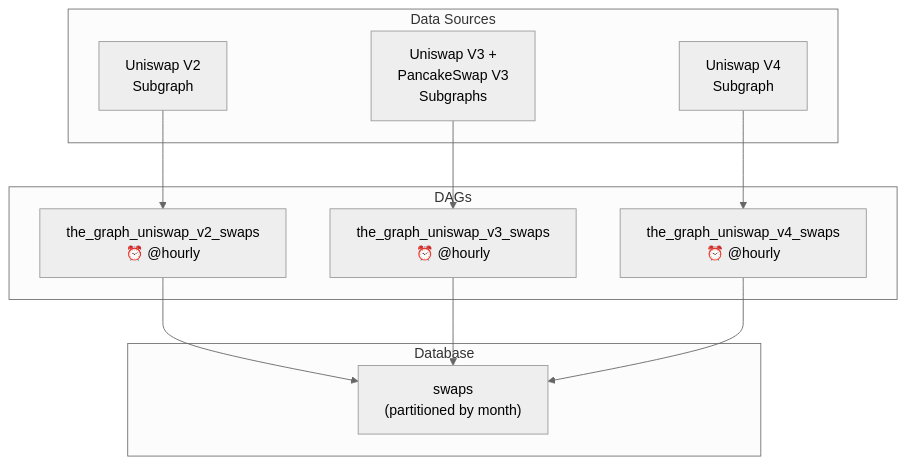
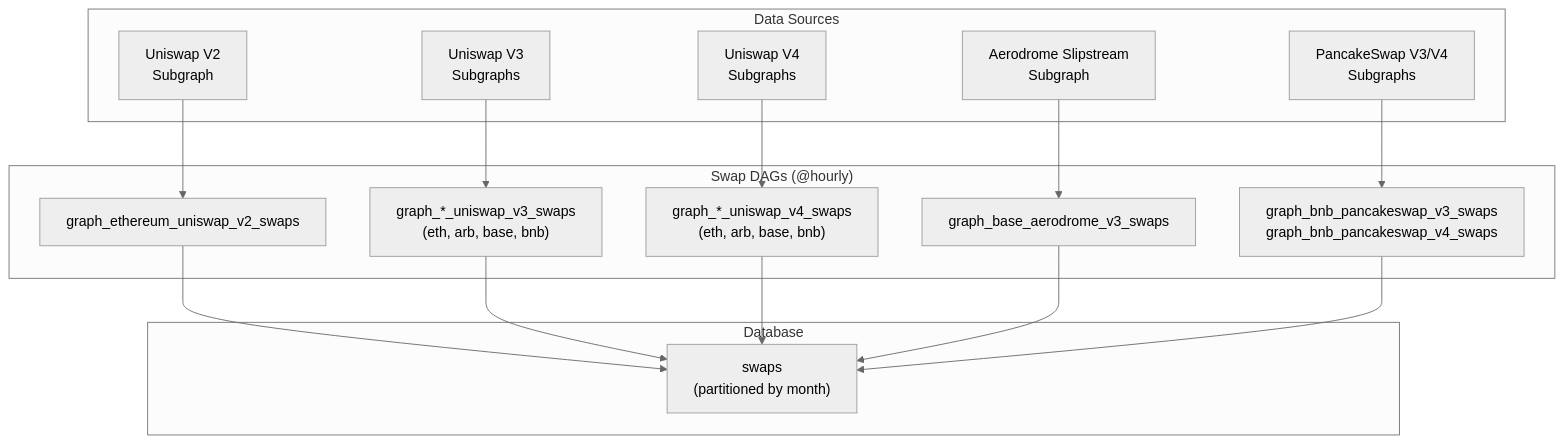
Before and after one commit to bekisz/chaintelligence: the third of 6 diagrams in chain-feeder/docs/DAGS.md, drawn with Mermaid (neutral theme). The commit also changed other lines of this file and 47 other files, not shown here.

````diff
--- a/chain-feeder/docs/DAGS.md
+++ b/chain-feeder/docs/DAGS.md
@@ -201,26 +172,34 @@
 ```mermaid
 graph TD
     subgraph Sources["Data Sources"]
         V2_SUB["Uniswap V2<br/>Subgraph"]
-        V3_SUB["Uniswap V3 +<br/>PancakeSwap V3<br/>Subgraphs"]
-        V4_SUB["Uniswap V4<br/>Subgraph"]
+        V3_SUB["Uniswap V3<br/>Subgraphs"]
+        V4_SUB["Uniswap V4<br/>Subgraphs"]
+        AERO_SUB["Aerodrome Slipstream<br/>Subgraph"]
+        PCS_SUB["PancakeSwap V3/V4<br/>Subgraphs"]
     end
 
-    subgraph DAGs["DAGs"]
-        V2["the_graph_uniswap_v2_swaps<br/>⏰ @hourly"]
-        V3["the_graph_uniswap_v3_swaps<br/>⏰ @hourly"]
-        V4["the_graph_uniswap_v4_swaps<br/>⏰ @hourly"]
+    subgraph DAGs["Swap DAGs (@hourly)"]
+        V2["graph_ethereum_uniswap_v2_swaps"]
+        V3["graph_*_uniswap_v3_swaps<br/>(eth, arb, base, bnb)"]
+        V4["graph_*_uniswap_v4_swaps<br/>(eth, arb, base, bnb)"]
+        AERO["graph_base_aerodrome_v3_swaps"]
+        PCS["graph_bnb_pancakeswap_v3_swaps<br/>graph_bnb_pancakeswap_v4_swaps"]
     end
 
     V2_SUB --> V2
     V3_SUB --> V3
     V4_SUB --> V4
+    AERO_SUB --> AERO
+    PCS_SUB --> PCS
 
     subgraph Tables["Database"]
         SWAPS["swaps<br/>(partitioned by month)"]
     end
 
     V2 --> SWAPS
     V3 --> SWAPS
     V4 --> SWAPS
+    AERO --> SWAPS
+    PCS --> SWAPS
 ```
````
